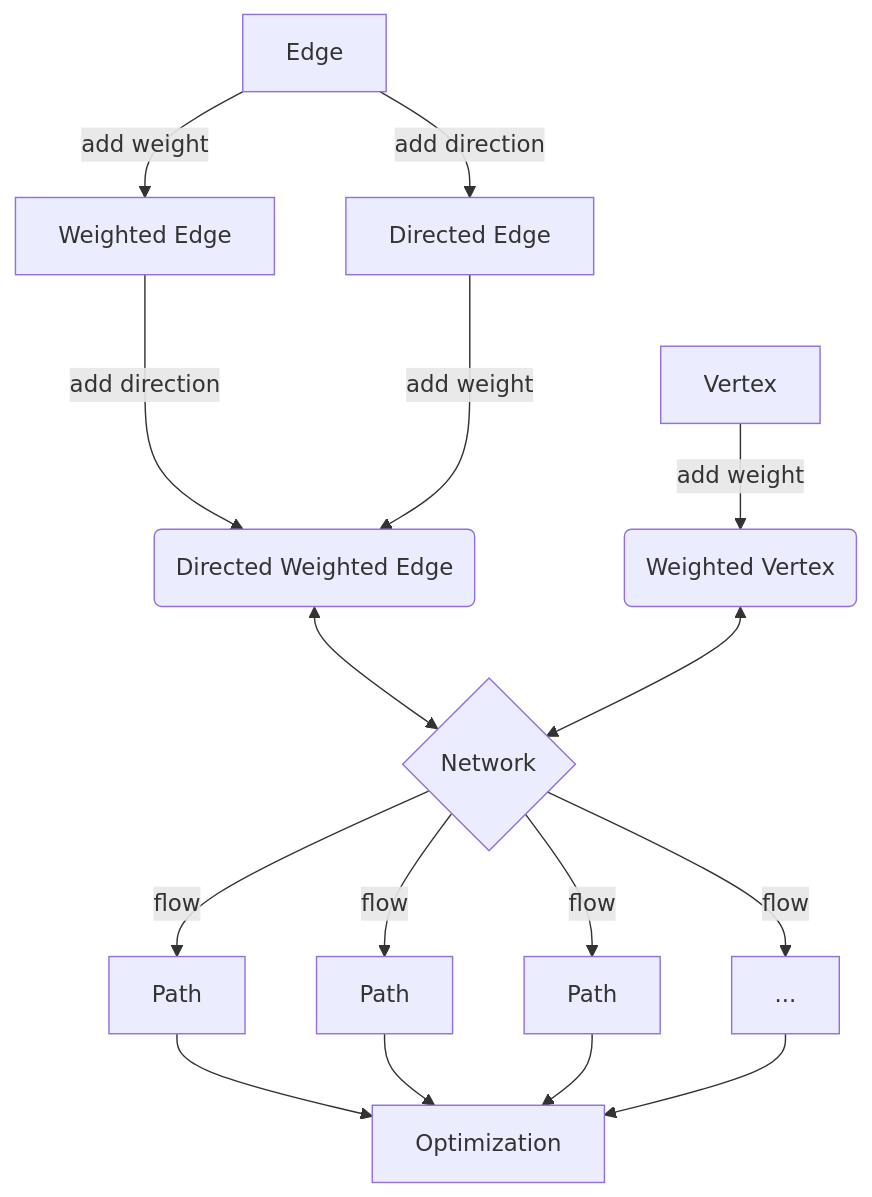
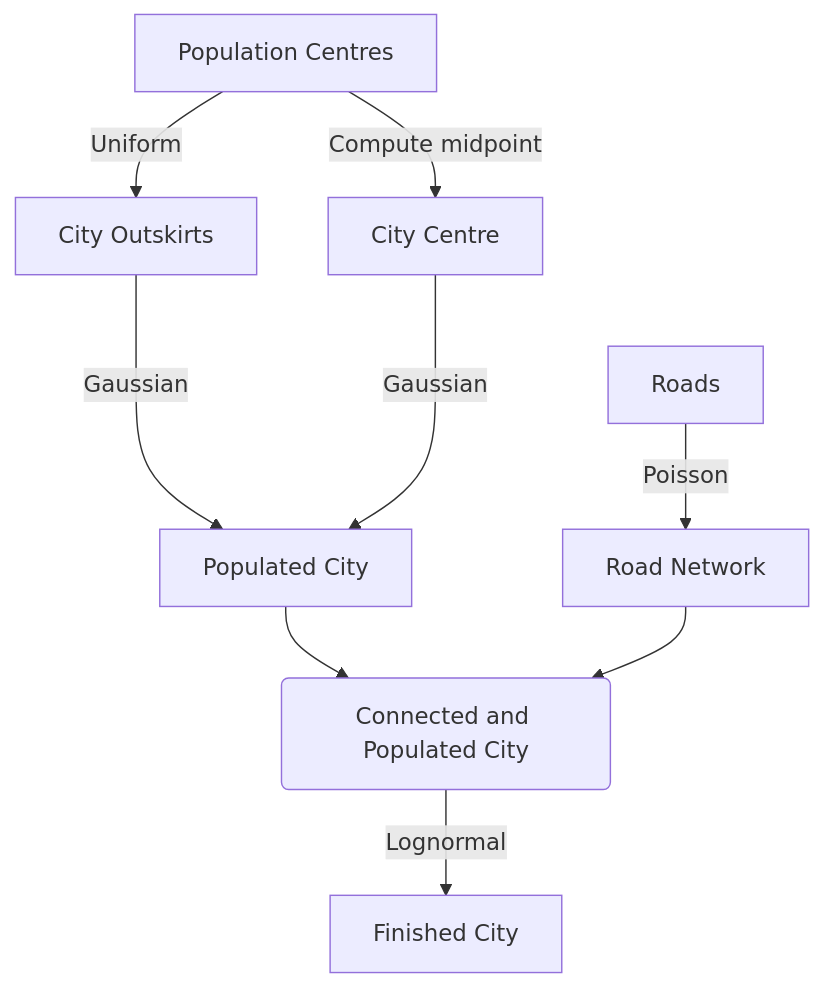
One commit to jmgpgit/Final-Project changed the diagram in README.md. Above: the diagram before and after it, drawn with Mermaid. The commit also changed other lines of this file and 26 other files, not shown here.

````diff
--- a/README.md
+++ b/README.md
@@ -241,23 +255,13 @@
 ```mermaid
 
 flowchart TD
-    A[Vertex] -->|add weight| B(Weighted Vertex)
-    E[Edge] -->|add weight| G[Weighted Edge]
-    E[Edge] -->|add direction| H[Directed Edge]
-    G[Weighted Edge] --->|add direction| I
-    H[Directed Edge] --->|add weight| I
-    I(Directed Weighted Edge) <--> C{Network}
-    B <--> C{Network}
+    A[Roads] -->|Poisson| B[Road Network]
+    E[Population Centres] -->|Uniform| G[City Outskirts]
+    E -->|Compute midpoint| H[City Centre]
+    G --->|Gaussian| I
+    H --->|Gaussian| I
+    I[Populated City] --> C(Connected and Populated City)
+    B --> C
+    C -->|Lognormal| D[Finished City]
 
-    C -->|flow| D[Path]
-    C -->|flow| X[Path]
-    C -->|flow| Z[Path]
-    C -->|flow| Y[...]
-
-
-
-    D -->J[Optimization]
-    Z -->J[Optimization]
-    X -->J[Optimization]
-    Y -->J[Optimization]
 ```
````
